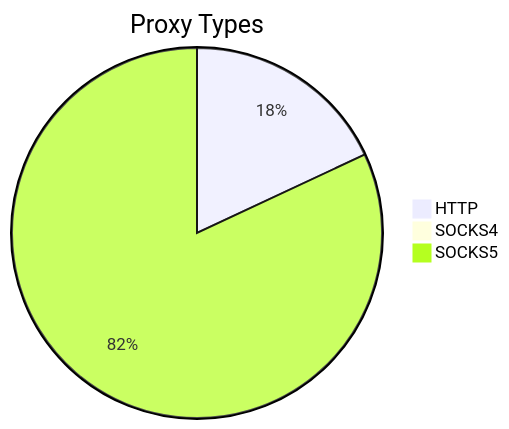
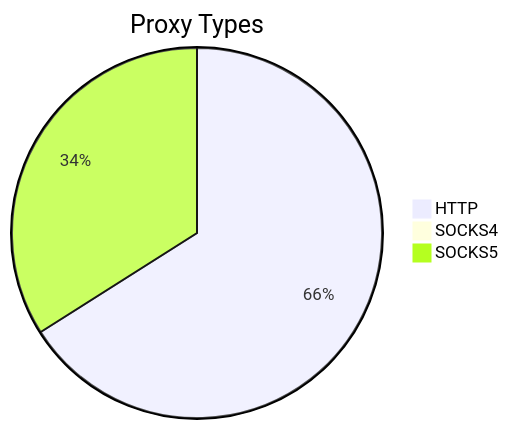
The first of 2 diagrams in README.md (stormsia/proxy-list), drawn with Mermaid before and after one commit. The commit also changed other lines of this file, not shown here.

````diff
--- a/README.md
+++ b/README.md
@@ -21,6 +21,6 @@
 ```mermaid
 pie title Proxy Types
-    "HTTP" : 921
-    "SOCKS4" : 21
-    "SOCKS5" : 4185
+    "HTTP" : 2296
+    "SOCKS4" : 12
+    "SOCKS5" : 1182
 ```
````
